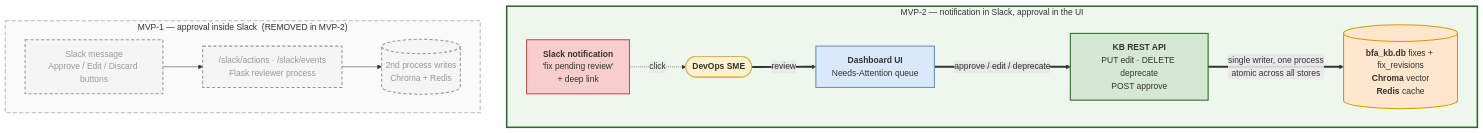
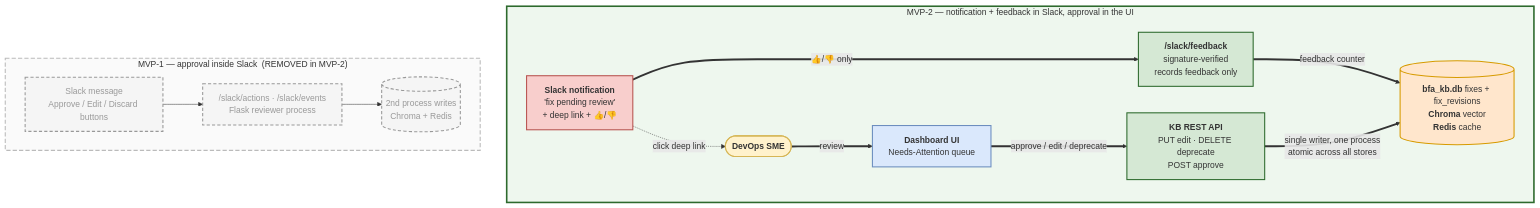
Before and after one commit to vigneshpalanivelr/extract-build-logs: the third of 3 diagrams in build-failure-analyzer/MVP2_SINGLE_SERVICE.md, drawn with Mermaid. The commit also changed other lines of this file and 7 other files, not shown here.

First line of the commit message:
Apply confirmed decisions: Slack feedback callback, no JWT, all collections governed

````diff
--- a/build-failure-analyzer/MVP2_SINGLE_SERVICE.md
+++ b/build-failure-analyzer/MVP2_SINGLE_SERVICE.md
@@ -271,34 +279,37 @@
 ```mermaid
 flowchart LR
     classDef notify fill:#f8cecc,stroke:#b85450,stroke-width:2px
     classDef ui fill:#dae8fc,stroke:#6c8ebf,stroke-width:2px
     classDef svc fill:#d5e8d4,stroke:#2d6a2d,stroke-width:2px
     classDef store fill:#ffe6cc,stroke:#d79b00,stroke-width:2px
     classDef human fill:#fff2cc,stroke:#d6b656,stroke-width:2px
     classDef gone fill:#f5f5f5,stroke:#999,stroke-width:2px,stroke-dasharray:6 4,color:#999
 
     subgraph OLD["MVP-1 — approval inside Slack&nbsp;&nbsp;(REMOVED in MVP-2)"]
         direction LR
         O1["Slack message<br/>Approve / Edit / Discard buttons"]:::gone
         O2["/slack/actions&nbsp;·&nbsp;/slack/events<br/>Flask reviewer process"]:::gone
         O3[("2nd process writes<br/>Chroma + Redis")]:::gone
         O1 --> O2 --> O3
     end
 
-    subgraph NEW["MVP-2 — notification in Slack, approval in the UI"]
+    subgraph NEW["MVP-2 — notification + feedback in Slack, approval in the UI"]
         direction LR
         N0(["<b>DevOps SME</b>"]):::human
-        N1["<b>Slack notification</b><br/>'fix pending review'<br/>+ deep link"]:::notify
+        N1["<b>Slack notification</b><br/>'fix pending review'<br/>+ deep link + 👍/👎"]:::notify
+        NF["<b>/slack/feedback</b><br/>signature-verified<br/>records feedback only"]:::svc
         N2["<b>Dashboard UI</b><br/>Needs-Attention queue"]:::ui
         N3["<b>KB REST API</b><br/>PUT edit · DELETE deprecate<br/>POST approve"]:::svc
         N4[("<b>bfa_kb.db</b> fixes + fix_revisions<br/><b>Chroma</b> vector<br/><b>Redis</b> cache")]:::store
-        N1 -.->|"click"| N0
+        N1 -.->|"click deep link"| N0
+        N1 ==>|"👍/👎 only"| NF
+        NF ==>|"feedback counter"| N4
         N0 ==>|"review"| N2
         N2 ==>|"approve / edit / deprecate"| N3
         N3 ==>|"single writer, one process<br/>atomic across all stores"| N4
     end
 
     OLD ~~~ NEW
     style OLD fill:#fafafa,stroke:#bbb,stroke-width:2px,stroke-dasharray:8 4
     style NEW fill:#eef7ee,stroke:#2d6a2d,stroke-width:3px
 ```
````
